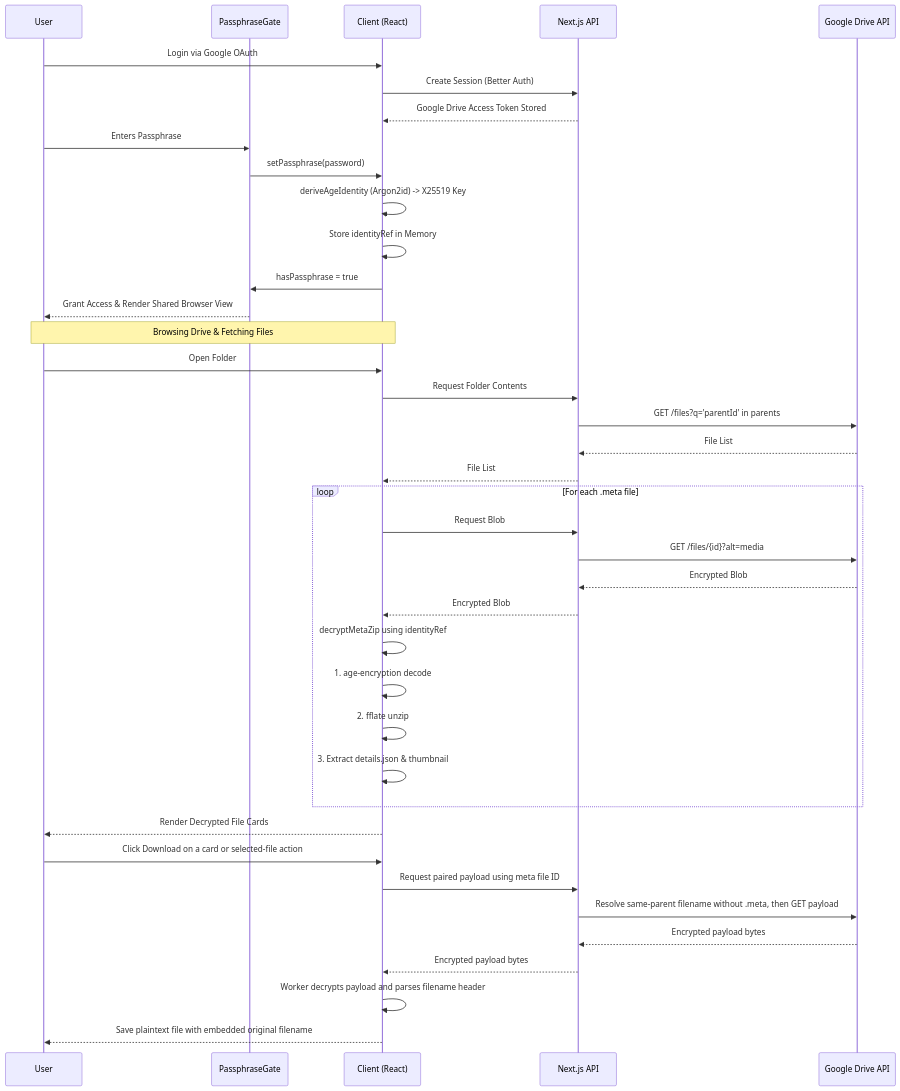
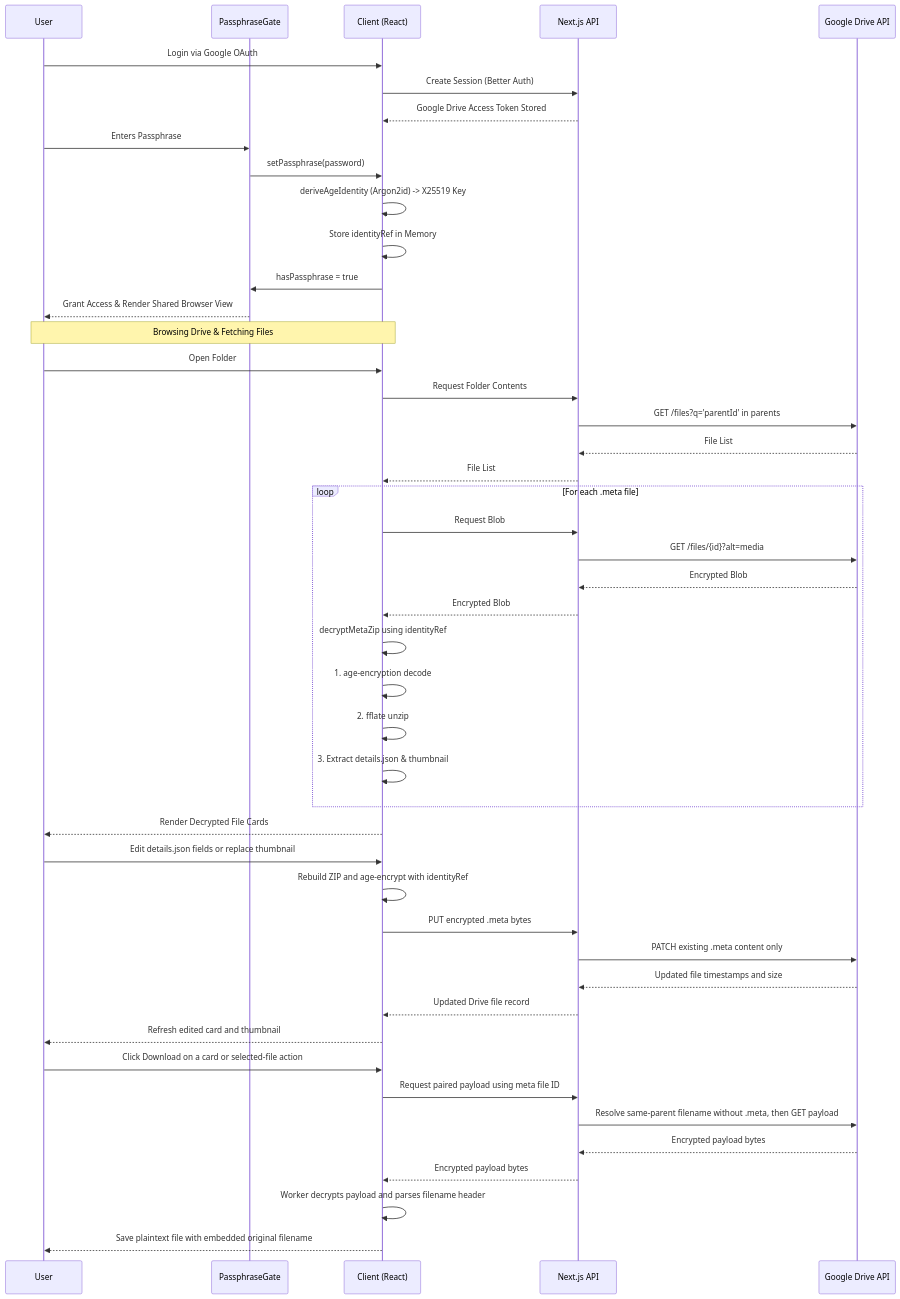
Before and after one commit to Vijay-papanaboina/VaultDrive: the diagram in docs/architecture.md, drawn with Mermaid. The commit also changed other lines of this file and 15 other files, not shown here.

````diff
--- a/docs/architecture.md
+++ b/docs/architecture.md
@@ -27,49 +28,57 @@
 ```mermaid
 sequenceDiagram
     participant User
     participant PassphraseGate
     participant Client (React)
     participant Next.js API
     participant Google Drive API
 
     User->>Client (React): Login via Google OAuth
     Client (React)->>Next.js API: Create Session (Better Auth)
     Next.js API-->>Client (React): Google Drive Access Token Stored
     
     User->>PassphraseGate: Enters Passphrase
     PassphraseGate->>Client (React): setPassphrase(password)
     Client (React)->>Client (React): deriveAgeIdentity (Argon2id) -> X25519 Key
     Client (React)->>Client (React): Store identityRef in Memory
     Client (React)->>PassphraseGate: hasPassphrase = true
     PassphraseGate-->>User: Grant Access & Render Shared Browser View
 
     Note over User, Client (React): Browsing Drive & Fetching Files
     
     User->>Client (React): Open Folder
     Client (React)->>Next.js API: Request Folder Contents
     Next.js API->>Google Drive API: GET /files?q='parentId' in parents
     Google Drive API-->>Next.js API: File List
     Next.js API-->>Client (React): File List
 
     loop For each .meta file
         Client (React)->>Next.js API: Request Blob
         Next.js API->>Google Drive API: GET /files/{id}?alt=media
         Google Drive API-->>Next.js API: Encrypted Blob
         Next.js API-->>Client (React): Encrypted Blob
         
         Client (React)->>Client (React): decryptMetaZip using identityRef
         Client (React)->>Client (React): 1. age-encryption decode
         Client (React)->>Client (React): 2. fflate unzip
         Client (React)->>Client (React): 3. Extract details.json & thumbnail
     end
     
     Client (React)-->>User: Render Decrypted File Cards
 
+    User->>Client (React): Edit details.json fields or replace thumbnail
+    Client (React)->>Client (React): Rebuild ZIP and age-encrypt with identityRef
+    Client (React)->>Next.js API: PUT encrypted .meta bytes
+    Next.js API->>Google Drive API: PATCH existing .meta content only
+    Google Drive API-->>Next.js API: Updated file timestamps and size
+    Next.js API-->>Client (React): Updated Drive file record
+    Client (React)-->>User: Refresh edited card and thumbnail
+
     User->>Client (React): Click Download on a card or selected-file action
     Client (React)->>Next.js API: Request paired payload using meta file ID
     Next.js API->>Google Drive API: Resolve same-parent filename without .meta, then GET payload
     Google Drive API-->>Next.js API: Encrypted payload bytes
     Next.js API-->>Client (React): Encrypted payload bytes
     Client (React)->>Client (React): Worker decrypts payload and parses filename header
     Client (React)-->>User: Save plaintext file with embedded original filename
 ```
````
